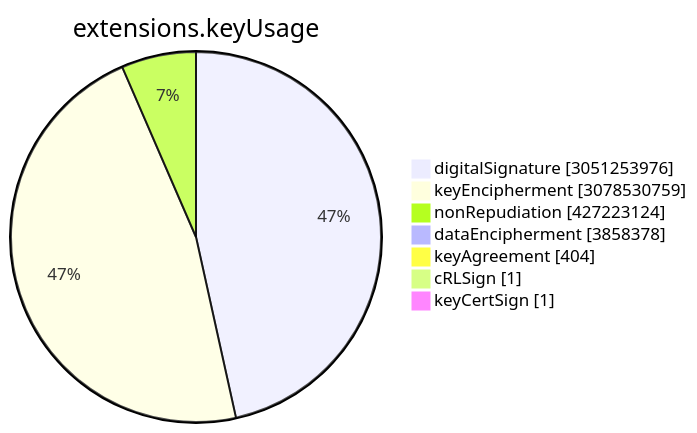
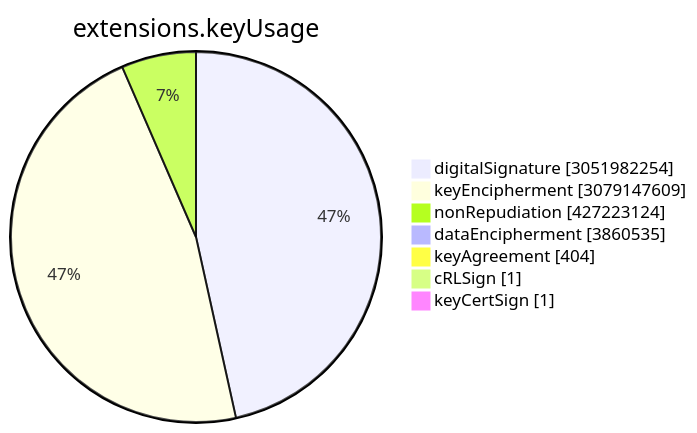
One commit to christiankrug/ctmonitor_visualization changed the sixth of 15 diagrams in TOTAL/README.md. Above: the diagram before and after it, drawn with Mermaid. The commit also changed other lines of this file, not shown here.

````diff
--- a/TOTAL/README.md
+++ b/TOTAL/README.md
@@ -3077,11 +3077,11 @@
 ```mermaid
 pie showData
 title extensions.keyUsage
-"digitalSignature" :3051253976
-"keyEncipherment" :3078530759
+"digitalSignature" :3051982254
+"keyEncipherment" :3079147609
 "nonRepudiation" :427223124
-"dataEncipherment" :3858378
+"dataEncipherment" :3860535
 "keyAgreement" :404
 "cRLSign" :1
 "keyCertSign" :1
 ```
````
